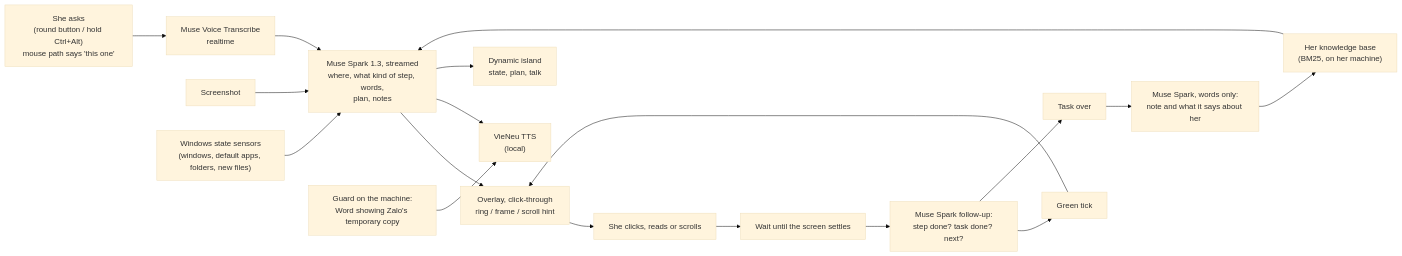
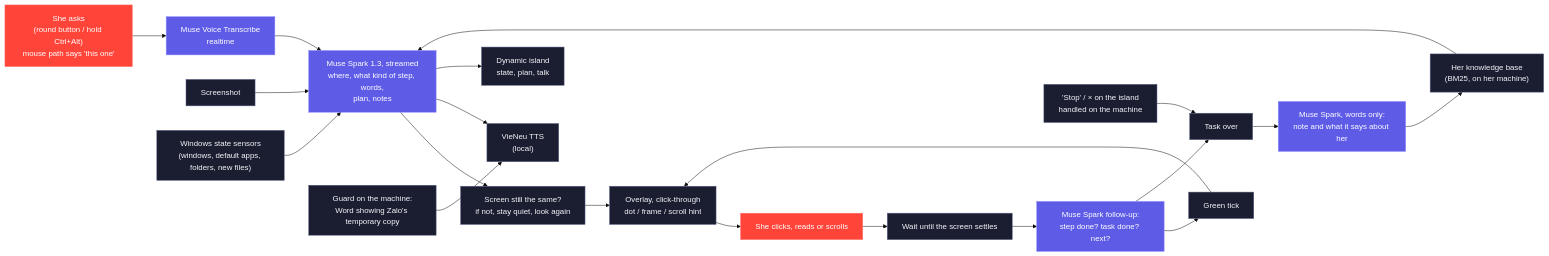
One commit to Nguyen-Le-Tuan/ScreenTutor changed the diagram in README.md. Above: the diagram before and after it, drawn with Mermaid (base theme). The commit also changed other lines of this file and 3 other files, not shown here.

First line of the commit message:
README: hero banner, badges, how-it-works image, the dot instead of the ring

````diff
--- a/README.md
+++ b/README.md
@@ -49,20 +79,28 @@
 ```mermaid
 flowchart LR
     Q["She asks<br/>(round button / hold Ctrl+Alt)<br/>mouse path says 'this one'"] --> STT["Muse Voice Transcribe<br/>realtime"]
     STT --> SPARK["Muse Spark 1.3, streamed<br/>where, what kind of step, words,<br/>plan, notes"]
     SCR["Screenshot"] --> SPARK
     ST["Windows state sensors<br/>(windows, default apps, folders, new files)"] --> SPARK
     MEM["Her knowledge base<br/>(BM25, on her machine)"] --> SPARK
-    SPARK --> MARK["Overlay, click-through<br/>ring / frame / scroll hint"]
+    SPARK --> FRESH["Screen still the same?<br/>if not, stay quiet, look again"]
+    FRESH --> MARK["Overlay, click-through<br/>dot / frame / scroll hint"]
     SPARK --> TTS["VieNeu TTS<br/>(local)"]
     SPARK --> ISLAND["Dynamic island<br/>state, plan, talk"]
     MARK --> ACT["She clicks, reads or scrolls"]
     ACT --> SETTLE["Wait until the screen settles"]
     SETTLE --> CHECK["Muse Spark follow-up:<br/>step done? task done? next?"]
     CHECK --> TICK["Green tick"]
     TICK --> MARK
     CHECK --> DONE["Task over"]
     DONE --> NOTE["Muse Spark, words only:<br/>note and what it says about her"]
     NOTE --> MEM
     GUARD["Guard on the machine:<br/>Word showing Zalo's temporary copy"] --> TTS
+    STOP["'Stop' / × on the island<br/>handled on the machine"] --> DONE
+    classDef meta fill:#5E5CE6,stroke:#8E8CFF,color:#ffffff
+    classDef her fill:#FF453A,stroke:#FF7A70,color:#ffffff
+    classDef local fill:#1B1E31,stroke:#5C6187,color:#F4F5FA
+    class STT,SPARK,CHECK,NOTE meta
+    class Q,ACT her
+    class SCR,ST,MEM,FRESH,MARK,TTS,ISLAND,SETTLE,TICK,DONE,GUARD,STOP local
 ```
````
